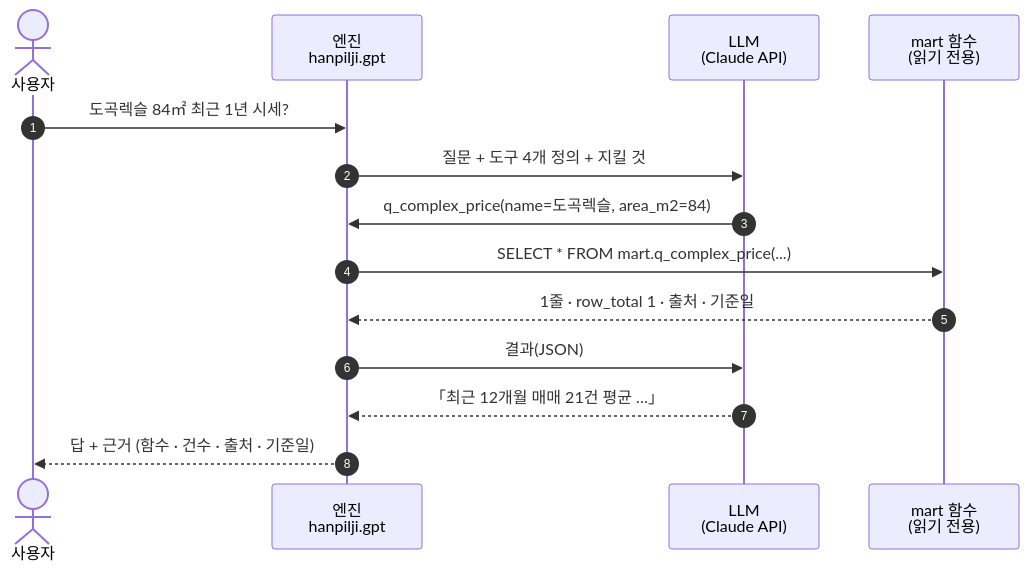
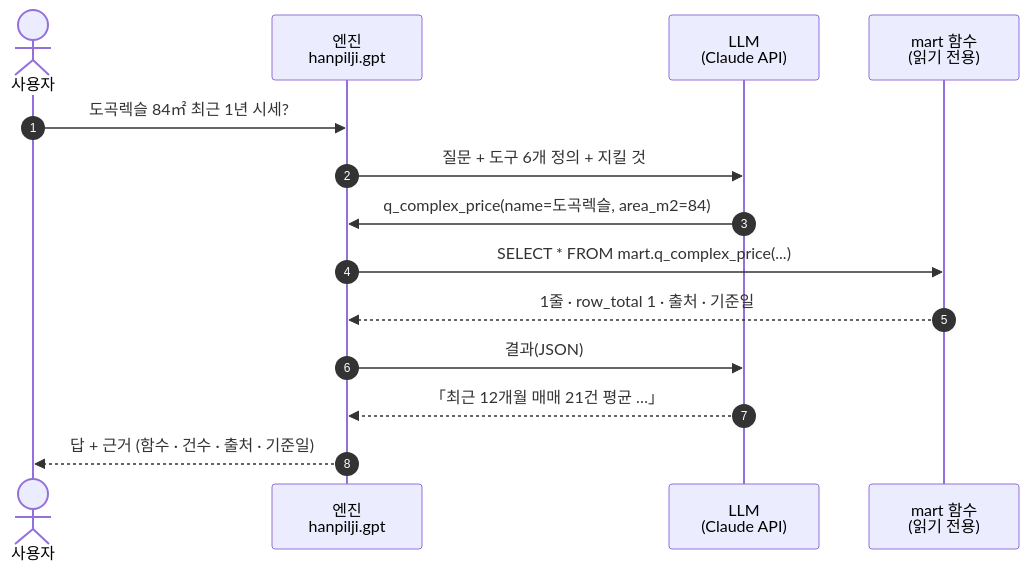
Before and after one commit to achul1026/hanpilji: the second of 2 diagrams in README.md, drawn with Mermaid. The commit also changed other lines of this file and 5 other files, not shown here.

````diff
--- a/README.md
+++ b/README.md
@@ -126,16 +130,16 @@
 ```mermaid
 sequenceDiagram
     autonumber
     actor U as 사용자
     participant E as 엔진<br/>hanpilji.gpt
     participant L as LLM<br/>(Claude API)
     participant M as mart 함수<br/>(읽기 전용)
     U->>E: 도곡렉슬 84㎡ 최근 1년 시세?
-    E->>L: 질문 + 도구 4개 정의 + 지킬 것
+    E->>L: 질문 + 도구 6개 정의 + 지킬 것
     L->>E: q_complex_price(name=도곡렉슬, area_m2=84)
     E->>M: SELECT * FROM mart.q_complex_price(...)
     M-->>E: 1줄 · row_total 1 · 출처 · 기준일
     E->>L: 결과(JSON)
     L-->>E: 「최근 12개월 매매 21건 평균 …」
     E-->>U: 답 + 근거 (함수 · 건수 · 출처 · 기준일)
 ```
````
